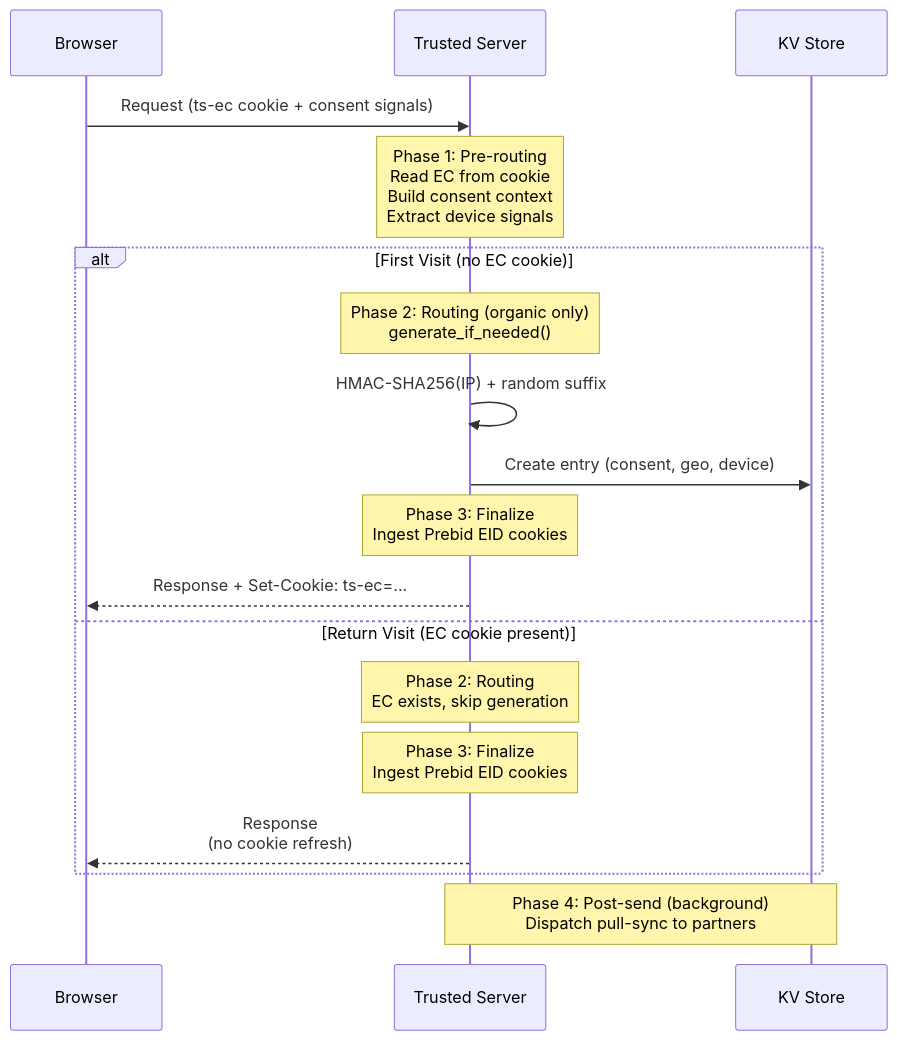
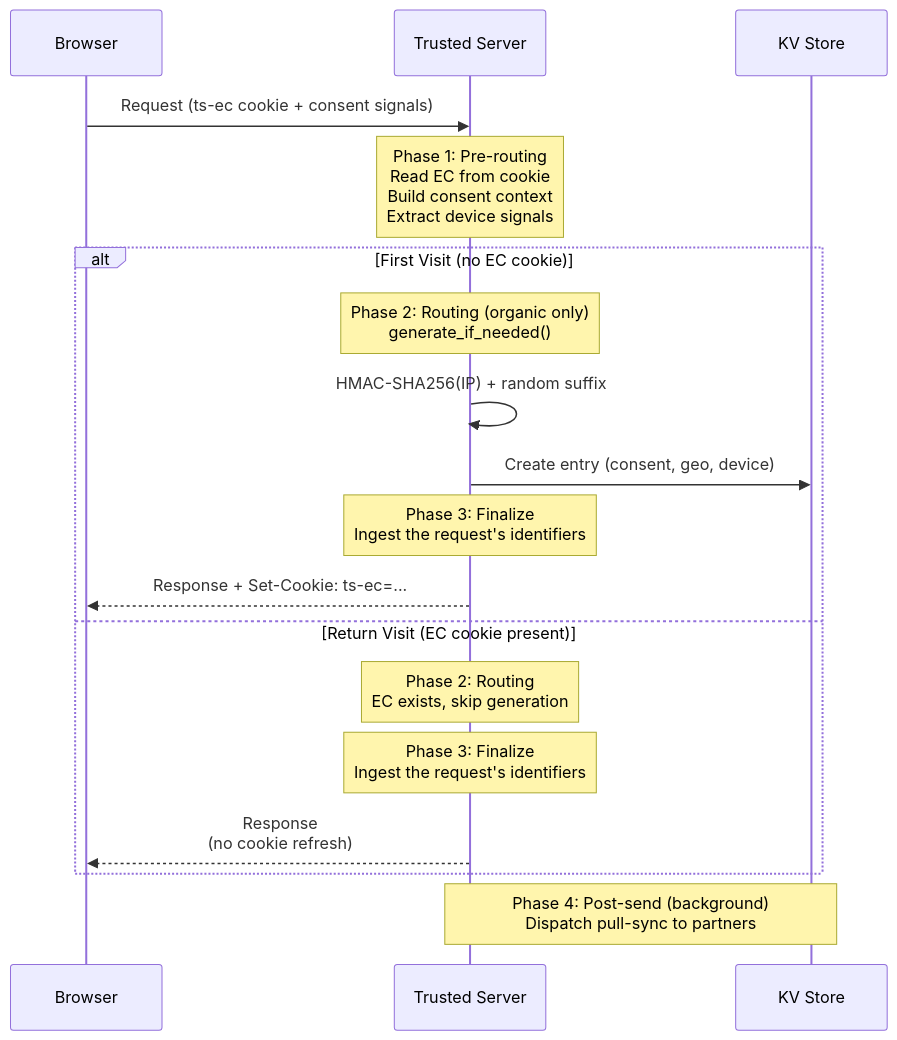
Before and after one commit to IABTechLab/trusted-server: the first of 7 diagrams in docs/guide/edge-cookies.md, drawn with Mermaid. The commit also changed other lines of this file and 26 other files, not shown here.

````diff
--- a/docs/guide/edge-cookies.md
+++ b/docs/guide/edge-cookies.md
@@ -44,23 +44,23 @@
 ```mermaid
 sequenceDiagram
     participant B as Browser
     participant TS as Trusted Server
     participant KV as KV Store
 
     B->>TS: Request (ts-ec cookie + consent signals)
     Note over TS: Phase 1: Pre-routing<br/>Read EC from cookie<br/>Build consent context<br/>Extract device signals
 
     alt First Visit (no EC cookie)
         Note over TS: Phase 2: Routing (organic only)<br/>generate_if_needed()
         TS->>TS: HMAC-SHA256(IP) + random suffix
         TS->>KV: Create entry (consent, geo, device)
-        Note over TS: Phase 3: Finalize<br/>Ingest Prebid EID cookies
+        Note over TS: Phase 3: Finalize<br/>Ingest the request's identifiers
         TS-->>B: Response + Set-Cookie: ts-ec=...
     else Return Visit (EC cookie present)
         Note over TS: Phase 2: Routing<br/>EC exists, skip generation
-        Note over TS: Phase 3: Finalize<br/>Ingest Prebid EID cookies
+        Note over TS: Phase 3: Finalize<br/>Ingest the request's identifiers
         TS-->>B: Response<br/>(no cookie refresh)
     end
 
     Note over TS,KV: Phase 4: Post-send (background)<br/>Dispatch pull-sync to partners
 ```
````
